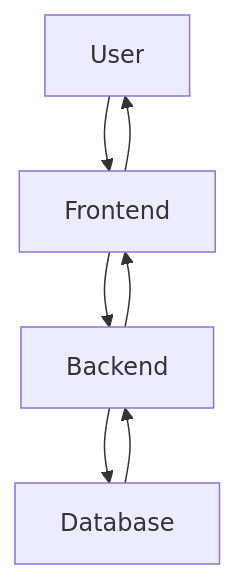
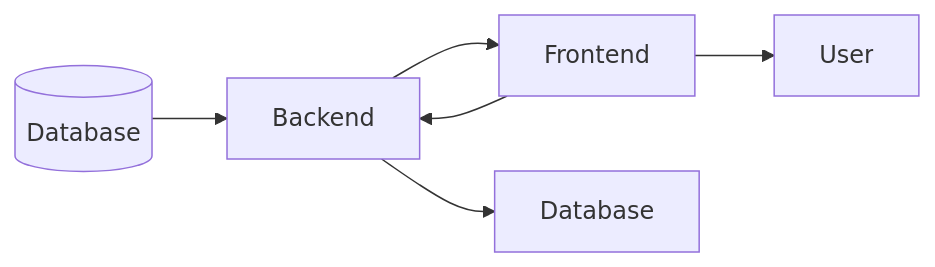
One commit to software-development-project-1/project-template changed the first of 2 diagrams in README.md. Above: the diagram before and after it, drawn with Mermaid.

````diff
--- a/README.md
+++ b/README.md
@@ -58,9 +58,8 @@
   ```mermaid
-graph TD;
-    User --> Frontend;
-    Frontend --> Backend;
-    Backend --> Database;
-    Database --> Backend;
+graph LR;
+    id1[(Database)] --> Backend;
     Backend --> Frontend;
     Frontend --> User;
+    Backend --> Database;
+    Frontend --> Backend;
 ```
````
